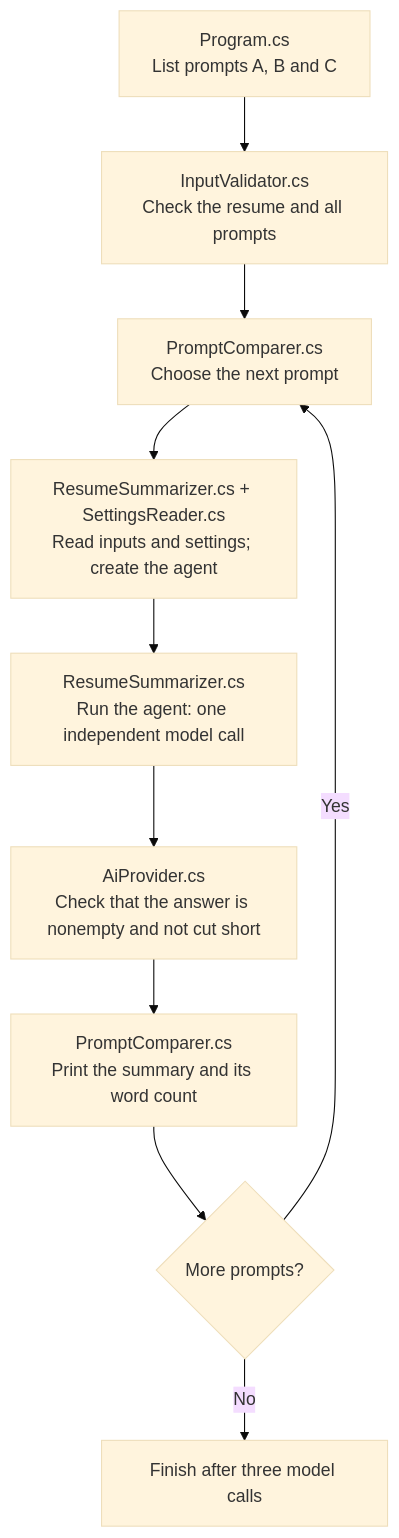
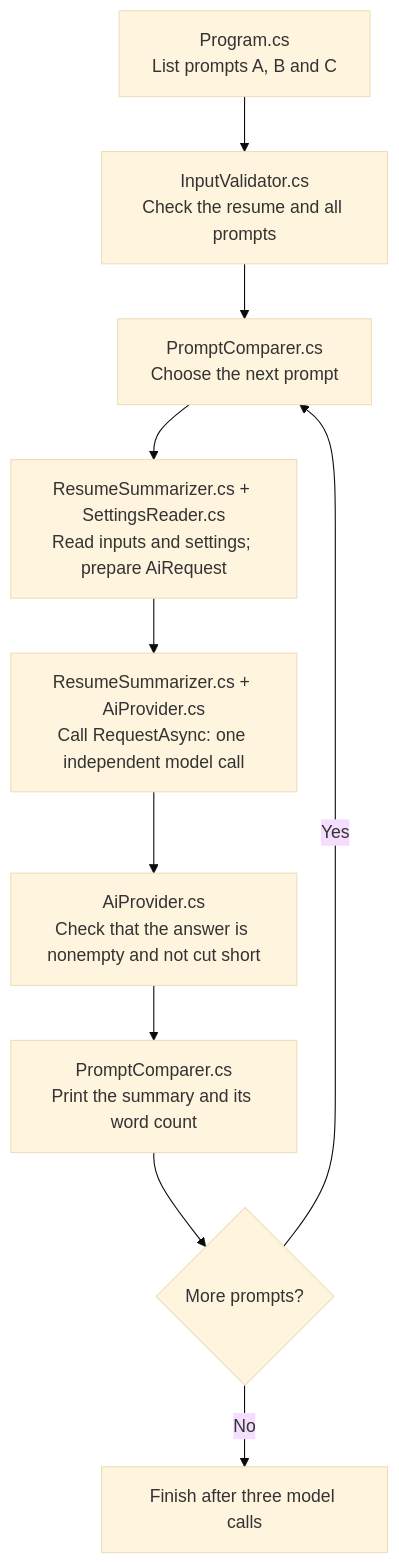
The diagram in 01-prompt-engineering/prompt-engineering/README.md (KhosroPakmanesh/ai-engineering-training), drawn with Mermaid (base theme) before and after one commit. The commit also changed other lines of this file and 53 other files, not shown here.

````diff
--- a/01-prompt-engineering/prompt-engineering/README.md
+++ b/01-prompt-engineering/prompt-engineering/README.md
@@ -17,12 +17,12 @@
 ```mermaid
 flowchart TD
     A["Program.cs<br/>List prompts A, B and C"] --> B["InputValidator.cs<br/>Check the resume and all prompts"]
     B --> C["PromptComparer.cs<br/>Choose the next prompt"]
-    C --> D["ResumeSummarizer.cs + SettingsReader.cs<br/>Read inputs and settings; create the agent"]
-    D --> E["ResumeSummarizer.cs<br/>Run the agent: one independent model call"]
+    C --> D["ResumeSummarizer.cs + SettingsReader.cs<br/>Read inputs and settings; prepare AiRequest"]
+    D --> E["ResumeSummarizer.cs + AiProvider.cs<br/>Call RequestAsync: one independent model call"]
     E --> F["AiProvider.cs<br/>Check that the answer is nonempty and not cut short"]
     F --> G["PromptComparer.cs<br/>Print the summary and its word count"]
     G --> H{"More prompts?"}
     H -->|Yes| C
     H -->|No| I["Finish after three model calls"]
 ```
````
